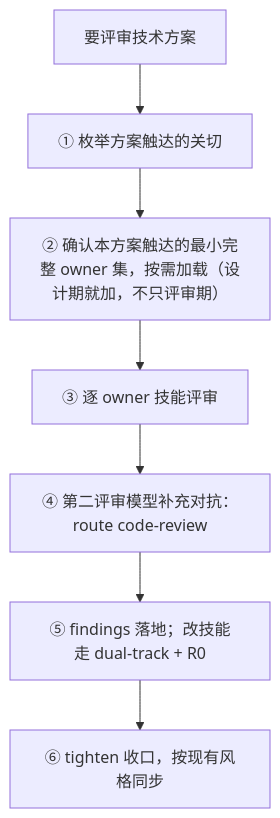
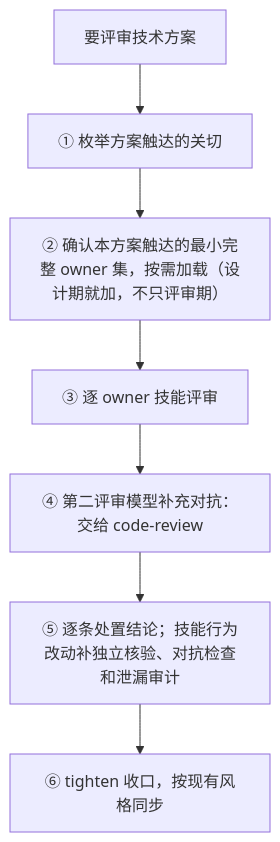
Before and after one commit to ccoalm/ccl-skills: the diagram in docs/technical-review-handbook.md, drawn with Mermaid. The commit also changed other lines of this file and 10 other files, not shown here.

````diff
--- a/docs/technical-review-handbook.md
+++ b/docs/technical-review-handbook.md
@@ -19,9 +19,9 @@
 ```mermaid
 flowchart TD
   S["要评审技术方案"] --> E["① 枚举方案触达的关切"]
   E --> L["② 确认本方案触达的最小完整 owner 集，按需加载（设计期就加，不只评审期）"]
   L --> R["③ 逐 owner 技能评审"]
-  R --> X["④ 第二评审模型补充对抗：route code-review"]
-  X --> F["⑤ findings 落地；改技能走 dual-track + R0"]
+  R --> X["④ 第二评审模型补充对抗：交给 code-review"]
+  X --> F["⑤ 逐条处置结论；技能行为改动补独立核验、对抗检查和泄漏审计"]
   F --> T["⑥ tighten 收口，按现有风格同步"]
 ```
````
